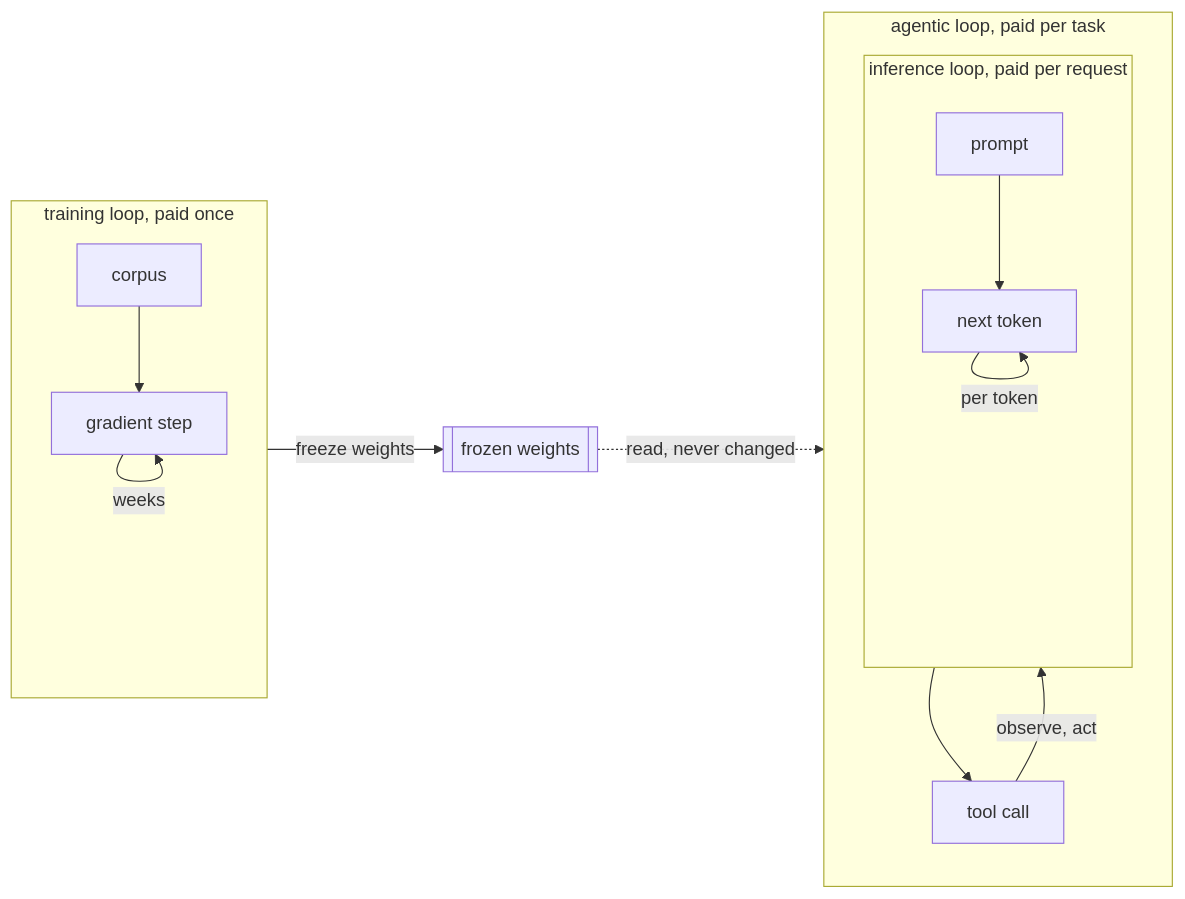
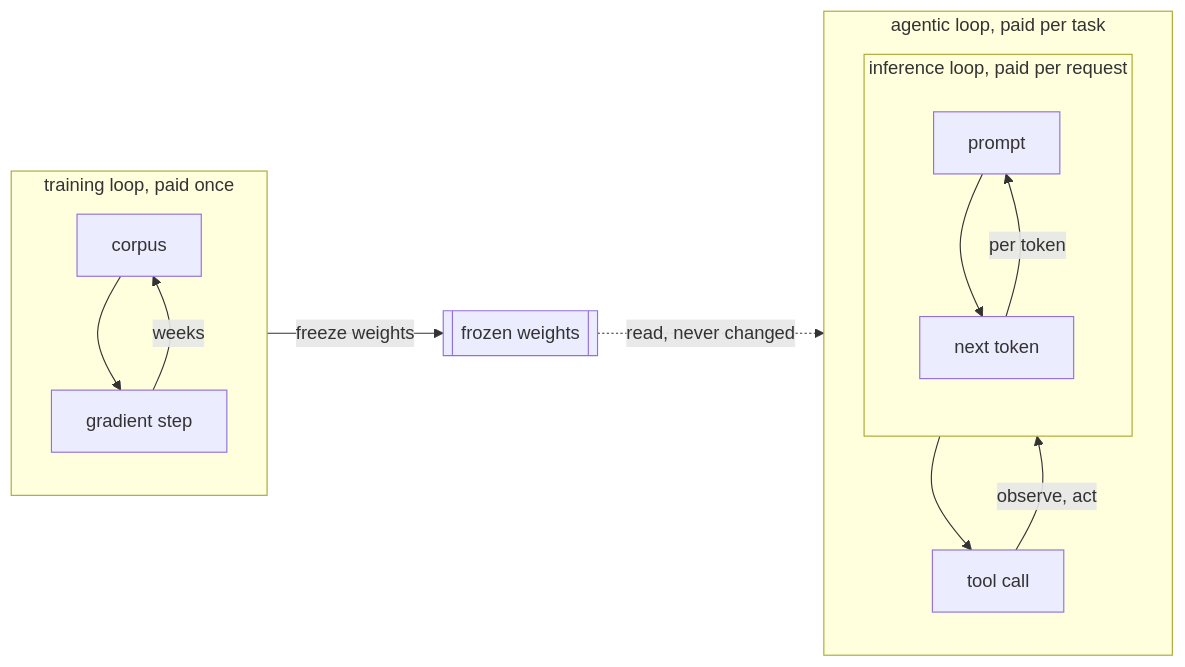
One commit to latere-ai/ai-as-an-infrastructure changed the second of 3 diagrams in en/p0-orientation/01-whole-stack.qmd. Above: the diagram before and after it, drawn with Mermaid. The commit also changed 109 other files, not shown here.

````diff
--- a/en/p0-orientation/01-whole-stack.qmd
+++ b/en/p0-orientation/01-whole-stack.qmd
@@ -134,22 +134,22 @@
 ```{mermaid}
 %%| label: fig-whole-stack-loops
 %%| fig-cap: "The three nested loops. The training loop runs once and freezes weights. Each inference loop reads those frozen weights and is paid per request. The agentic loop wraps many inference loops per task. Cost is paid at the cadence each loop runs."
 flowchart LR
   subgraph TR["training loop, paid once"]
     direction TB
     corpus["corpus"] --> grad["gradient step"]
-    grad -->|"weeks"| grad
+    grad -->|"weeks"| corpus
   end
   TR -->|"freeze weights"| W[["frozen weights"]]
   subgraph AG["agentic loop, paid per task"]
     direction TB
     subgraph INF["inference loop, paid per request"]
       direction TB
       prompt["prompt"] --> tok["next token"]
-      tok -->|"per token"| tok
+      tok -->|"per token"| prompt
     end
     INF --> tool["tool call"]
     tool -->|"observe, act"| INF
   end
   W -.->|"read, never changed"| INF
 ```
````
